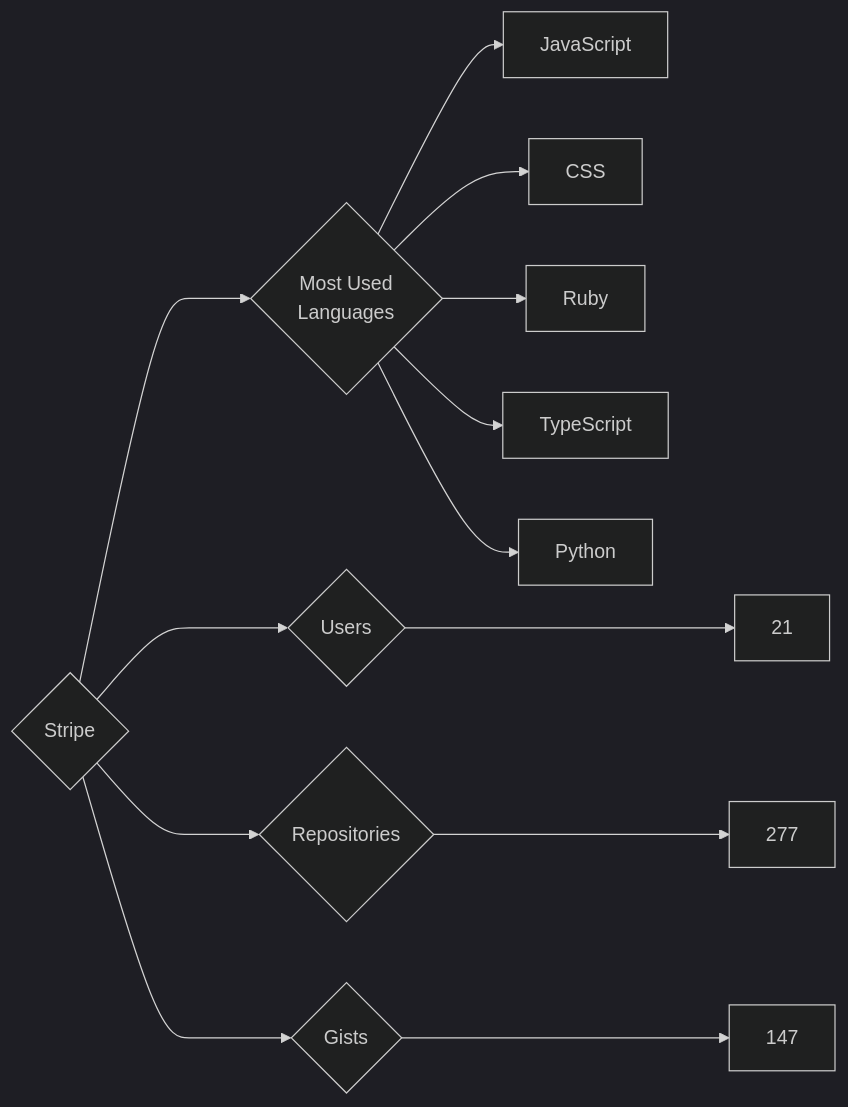
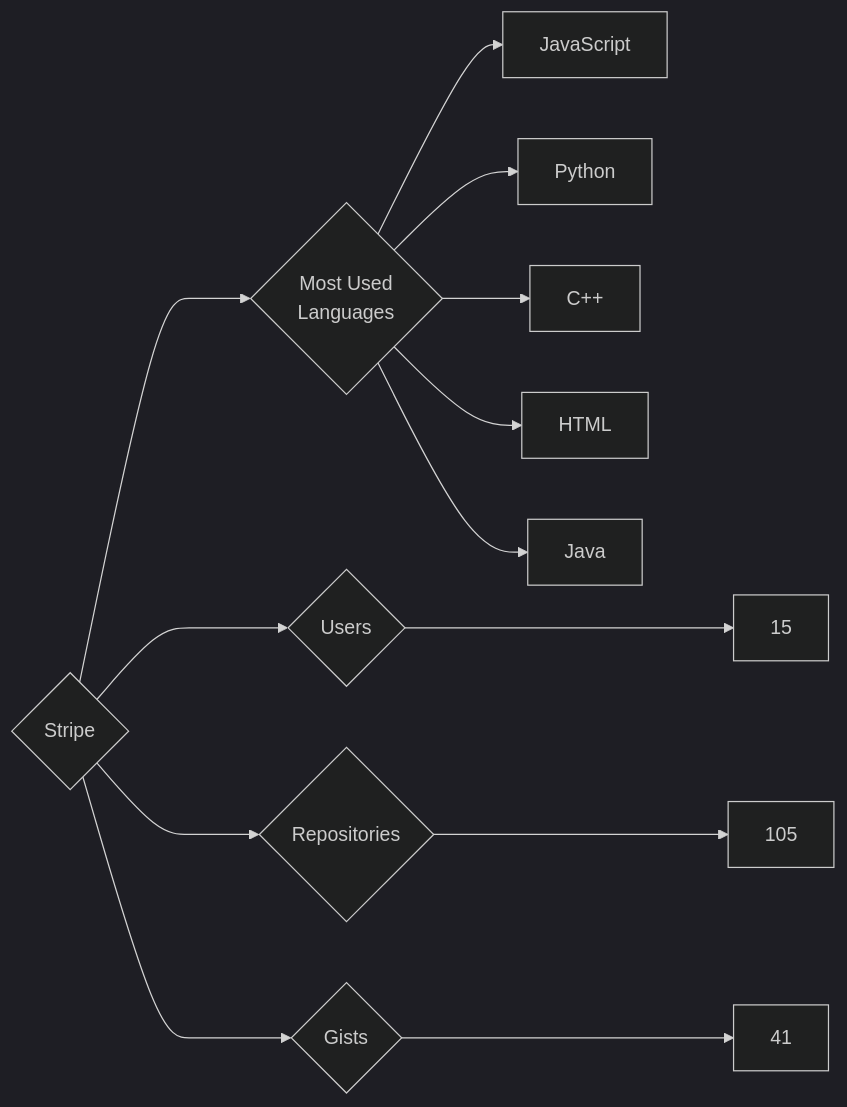
Before and after one commit to trickest/insiders: the diagram in targets/Stripe/README.md, drawn with Mermaid (dark theme). The commit also changed 582 other files, not shown here.

````diff
--- a/targets/Stripe/README.md
+++ b/targets/Stripe/README.md
@@ -3,13 +3,13 @@
 ```mermaid
 graph LR
 COMPANY_NAME{Stripe}
-COMPANY_NAME ---> U{Users} ---> UN[21]
-COMPANY_NAME ---> R{Repositories} ---> RN[277]
-COMPANY_NAME ---> G{Gists} ---> GN[147]
+COMPANY_NAME ---> U{Users} ---> UN[15]
+COMPANY_NAME ---> R{Repositories} ---> RN[105]
+COMPANY_NAME ---> G{Gists} ---> GN[41]
 COMPANY_NAME ---> ML{Most Used<br>Languages}
 ML --> JavaScript[JavaScript]
-ML --> CSS[CSS]
-ML --> Ruby[Ruby]
-ML --> TypeScript[TypeScript]
 ML --> Python[Python]
+ML --> C++[C++]
+ML --> HTML[HTML]
+ML --> Java[Java]
 ```
````
